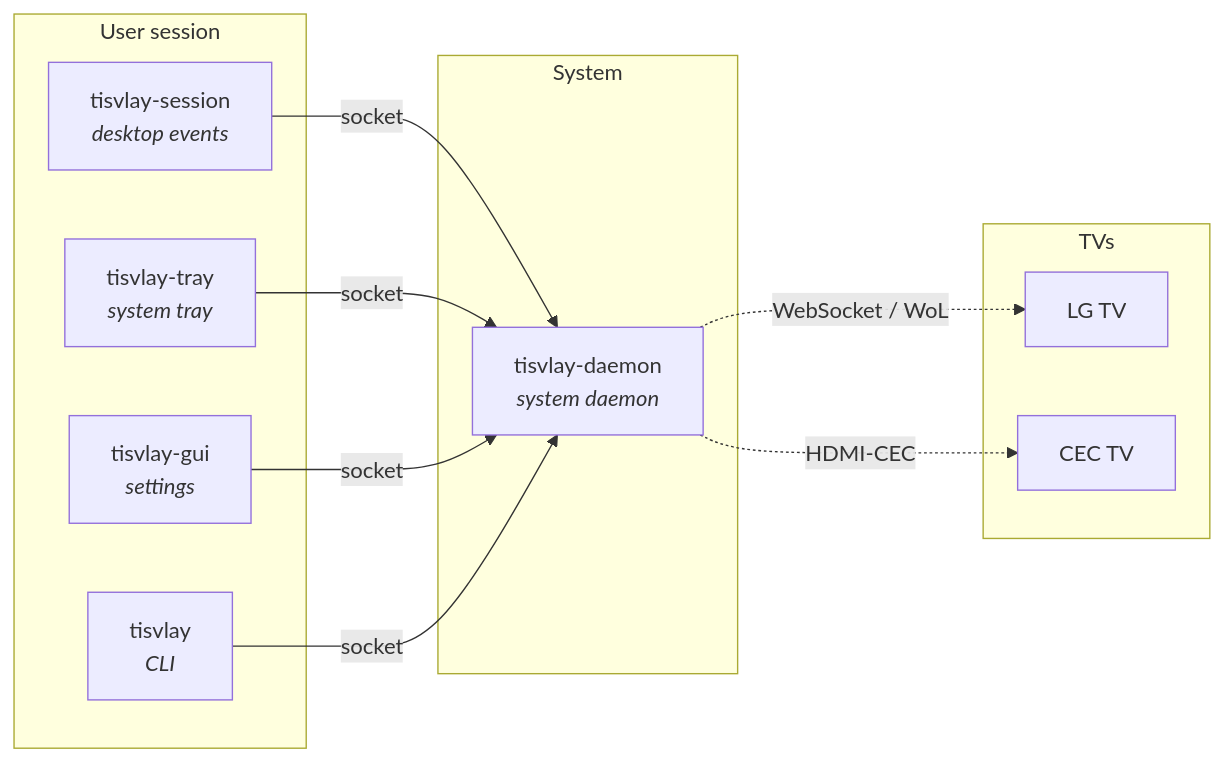
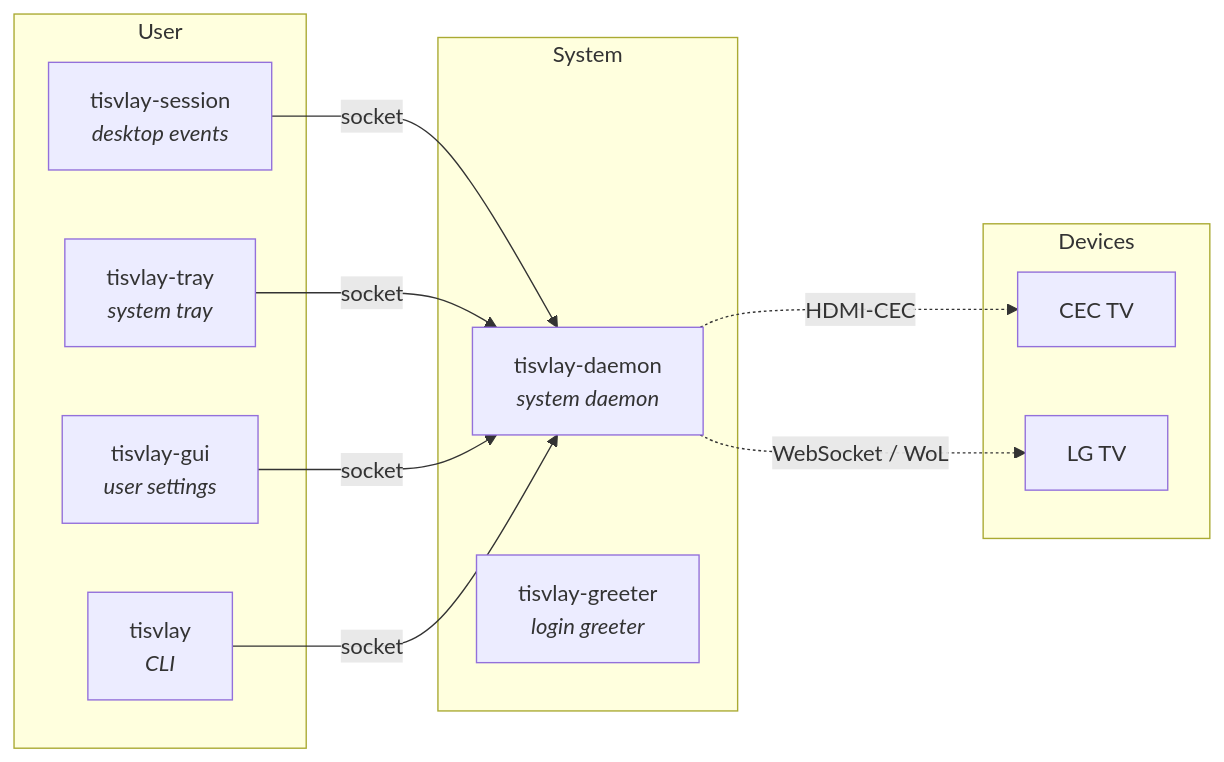
One commit to TisVlay/TisVlay changed the diagram in docs/book/src/introduction.md. Above: the diagram before and after it, drawn with Mermaid. The commit also changed other lines of this file and 3 other files, not shown here.

````diff
--- a/docs/book/src/introduction.md
+++ b/docs/book/src/introduction.md
@@ -35,25 +39,27 @@
 ```mermaid
 graph LR
-    subgraph User session
-        Session["tisvlay-session<br/><i>desktop events</i>"]
-        Tray["tisvlay-tray<br/><i>system tray</i>"]
-        Gui["tisvlay-gui<br/><i>settings</i>"]
-        Cli["tisvlay<br/><i>CLI</i>"]
-    end
 
-    subgraph System
-        Daemon["tisvlay-daemon<br/><i>system daemon</i>"]
-    end
+subgraph User
+    Gui["tisvlay-gui<br/><i>user settings</i>"]
+    Cli["tisvlay<br/><i>CLI</i>"]
+    Session["tisvlay-session<br/><i>desktop events</i>"]
+    Tray["tisvlay-tray<br/><i>system tray</i>"]
+end
 
-    subgraph TVs
-        TV1["LG TV"]
-        TV2["CEC TV"]
-    end
+subgraph System
+    Daemon["tisvlay-daemon<br/><i>system daemon</i>"]
+    Greeter["tisvlay-greeter<br/><i>login greeter</i>"]
+end
 
-    Session -->|socket| Daemon
-    Tray -->|socket| Daemon
-    Gui -->|socket| Daemon
-    Cli -->|socket| Daemon
-    Daemon -.->|WebSocket / WoL| TV1
-    Daemon -.->|HDMI-CEC| TV2
+subgraph Devices
+    TV1["CEC TV"]
+    TV2["LG TV"]
+end
+
+Session -->|socket| Daemon
+Tray -->|socket| Daemon
+Gui -->|socket| Daemon
+Cli -->|socket| Daemon
+Daemon -.->|HDMI-CEC| TV1
+Daemon -.->|WebSocket / WoL| TV2
 ```
````
